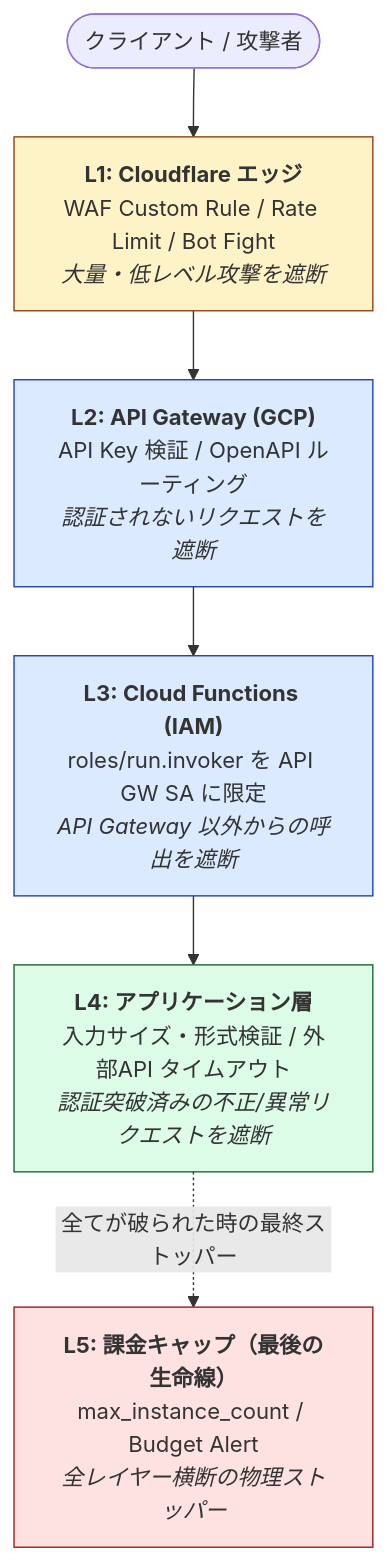
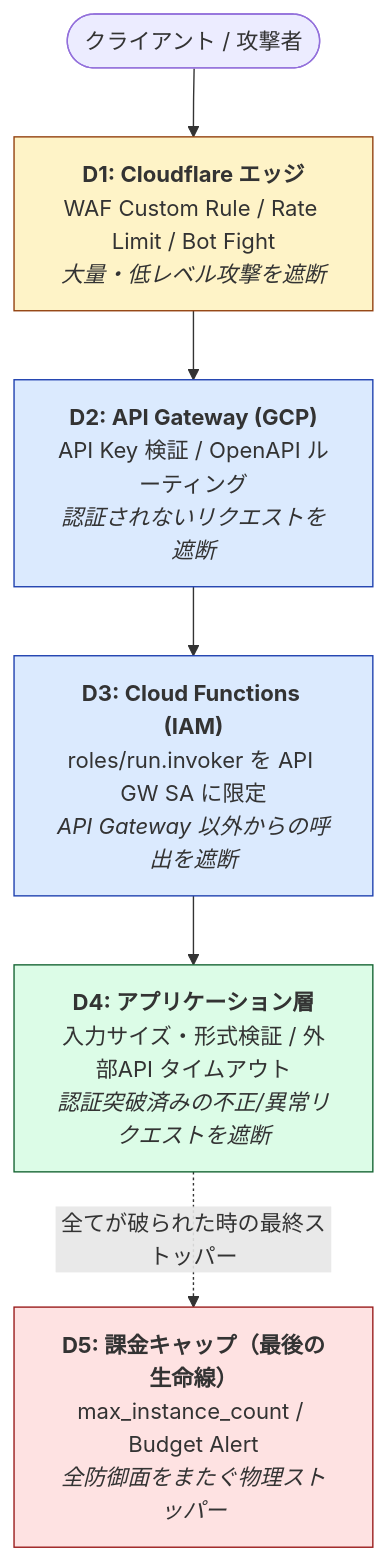
One commit to Riri-Inferno/gcp-serverless-vector-search changed the diagram in docs/security.md. Above: the diagram before and after it, drawn with Mermaid. The commit also changed other lines of this file and 1 other file, not shown here.

Commit message:
✨ Terraform GitOps & Bootstrap 方針ドキュメントを追加 (#4)
* Terraform GitOps設計ドキュメント追加

* L1,L2がISOレイヤと紛らわしかったので変えた

````diff
--- a/docs/security.md
+++ b/docs/security.md
@@ -7,18 +9,18 @@
 ```mermaid
 flowchart TD
     Client([クライアント / 攻撃者])
-    L1["<b>L1: Cloudflare エッジ</b><br/>WAF Custom Rule / Rate Limit / Bot Fight<br/><i>大量・低レベル攻撃を遮断</i>"]
-    L2["<b>L2: API Gateway (GCP)</b><br/>API Key 検証 / OpenAPI ルーティング<br/><i>認証されないリクエストを遮断</i>"]
-    L3["<b>L3: Cloud Functions (IAM)</b><br/>roles/run.invoker を API GW SA に限定<br/><i>API Gateway 以外からの呼出を遮断</i>"]
-    L4["<b>L4: アプリケーション層</b><br/>入力サイズ・形式検証 / 外部API タイムアウト<br/><i>認証突破済みの不正/異常リクエストを遮断</i>"]
-    L5["<b>L5: 課金キャップ（最後の生命線）</b><br/>max_instance_count / Budget Alert<br/><i>全レイヤー横断の物理ストッパー</i>"]
+    D1["<b>D1: Cloudflare エッジ</b><br/>WAF Custom Rule / Rate Limit / Bot Fight<br/><i>大量・低レベル攻撃を遮断</i>"]
+    D2["<b>D2: API Gateway (GCP)</b><br/>API Key 検証 / OpenAPI ルーティング<br/><i>認証されないリクエストを遮断</i>"]
+    D3["<b>D3: Cloud Functions (IAM)</b><br/>roles/run.invoker を API GW SA に限定<br/><i>API Gateway 以外からの呼出を遮断</i>"]
+    D4["<b>D4: アプリケーション層</b><br/>入力サイズ・形式検証 / 外部API タイムアウト<br/><i>認証突破済みの不正/異常リクエストを遮断</i>"]
+    D5["<b>D5: 課金キャップ（最後の生命線）</b><br/>max_instance_count / Budget Alert<br/><i>全防御面をまたぐ物理ストッパー</i>"]
 
-    Client --> L1 --> L2 --> L3 --> L4
-    L4 -.->|全てが破られた時の最終ストッパー| L5
+    Client --> D1 --> D2 --> D3 --> D4
+    D4 -.->|全てが破られた時の最終ストッパー| D5
 
-    style L1 fill:#fef3c7,stroke:#92400e
-    style L2 fill:#dbeafe,stroke:#1e40af
-    style L3 fill:#dbeafe,stroke:#1e40af
-    style L4 fill:#dcfce7,stroke:#166534
-    style L5 fill:#fee2e2,stroke:#991b1b
+    style D1 fill:#fef3c7,stroke:#92400e
+    style D2 fill:#dbeafe,stroke:#1e40af
+    style D3 fill:#dbeafe,stroke:#1e40af
+    style D4 fill:#dcfce7,stroke:#166534
+    style D5 fill:#fee2e2,stroke:#991b1b
 ```
````
